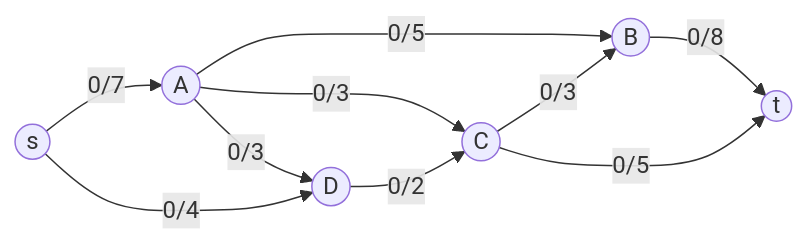
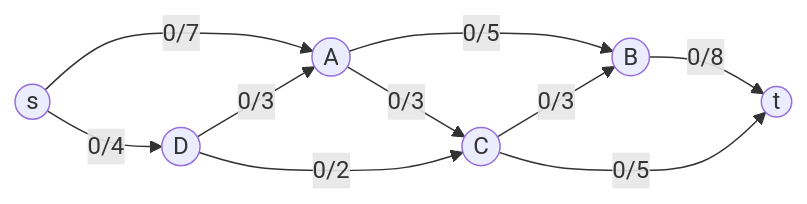
The fifth of 5 diagrams in Algo/Final/Max Flow.md (SMTEmon/2-2), drawn with Mermaid before and after one commit. The commit also changed other lines of this file and 6 other files, not shown here.

````diff
--- a/Algo/Final/Max Flow.md
+++ b/Algo/Final/Max Flow.md
@@ -310,12 +501,12 @@
 ```mermaid
 flowchart LR
-    s(("s")) -->|0/7| A(("A"))
-    s -->|0/4| D(("D"))
-    A -->|0/5| B(("B"))
-    A -->|0/3| C(("C"))
-    A -->|0/3| D(("D"))
-    D -->|0/2| C(("C"))
-    C -->|0/3| B(("B"))
-    C -->|0/5| t(("t"))
-    B -->|0/8| t
+    s(("s")) -->|"0/7"| A(("A"))
+    s -->|"0/4"| D(("D"))
+    D -->|"0/3"| A
+    D -->|"0/2"| C(("C"))
+    A -->|"0/5"| B(("B"))
+    A -->|"0/3"| C
+    C -->|"0/3"| B
+    C -->|"0/5"| t(("t"))
+    B -->|"0/8"| t
 ```
````
